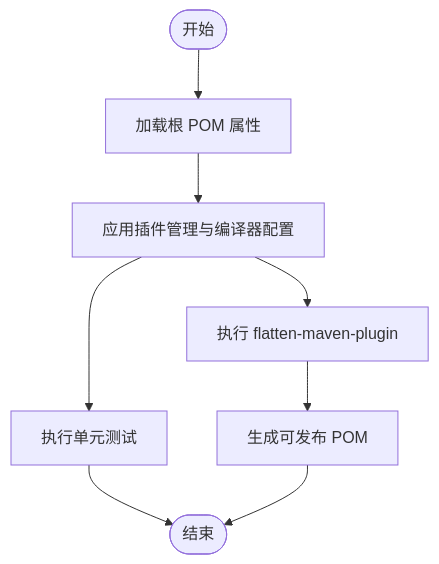
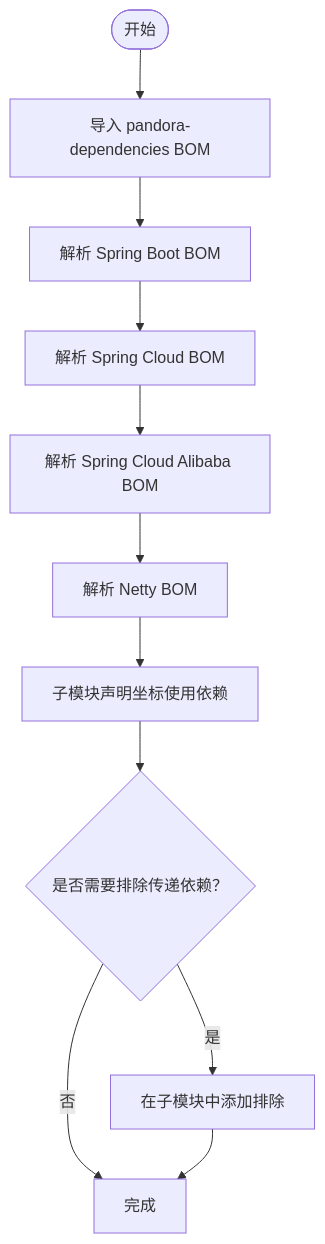
The third of 3 diagrams in .qoder/repowiki/zh/content/配置管理.md (guanglei93/pandora-cloud), drawn with Mermaid before and after one commit. The commit also changed other lines of this file and 51 other files, not shown here.

````diff
--- a/.qoder/repowiki/zh/content/配置管理.md
+++ b/.qoder/repowiki/zh/content/配置管理.md
@@ -94,10 +186,13 @@
 ```mermaid
 flowchart TD
-Start(["开始"]) --> LoadProps["加载根 POM 属性"]
-LoadProps --> ApplyPlugins["应用插件管理与编译器配置"]
-ApplyPlugins --> RunSurefire["执行单元测试"]
-ApplyPlugins --> Flatten["执行 flatten-maven-plugin"]
-Flatten --> Publish["生成可发布 POM"]
-RunSurefire --> End(["结束"])
-Publish --> End
+Start(["开始"]) --> ImportBOM["导入 pandora-dependencies BOM"]
+ImportBOM --> ResolveSB["解析 Spring Boot BOM"]
+ResolveSB --> ResolveSC["解析 Spring Cloud BOM"]
+ResolveSC --> ResolveSAC["解析 Spring Cloud Alibaba BOM"]
+ResolveSAC --> ResolveNETTY["解析 Netty BOM"]
+ResolveNETTY --> UseDeps["子模块声明坐标使用依赖"]
+UseDeps --> Exclusions{"是否需要排除传递依赖？"}
+Exclusions --> |是| ApplyEx["在子模块中添加排除"]
+Exclusions --> |否| Finalize["完成"]
+ApplyEx --> Finalize
 ```
````
